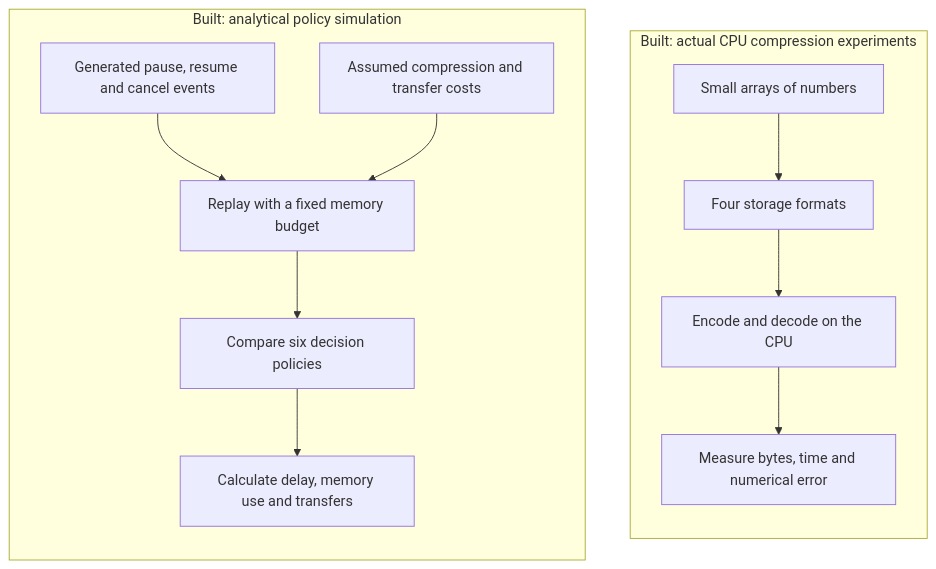
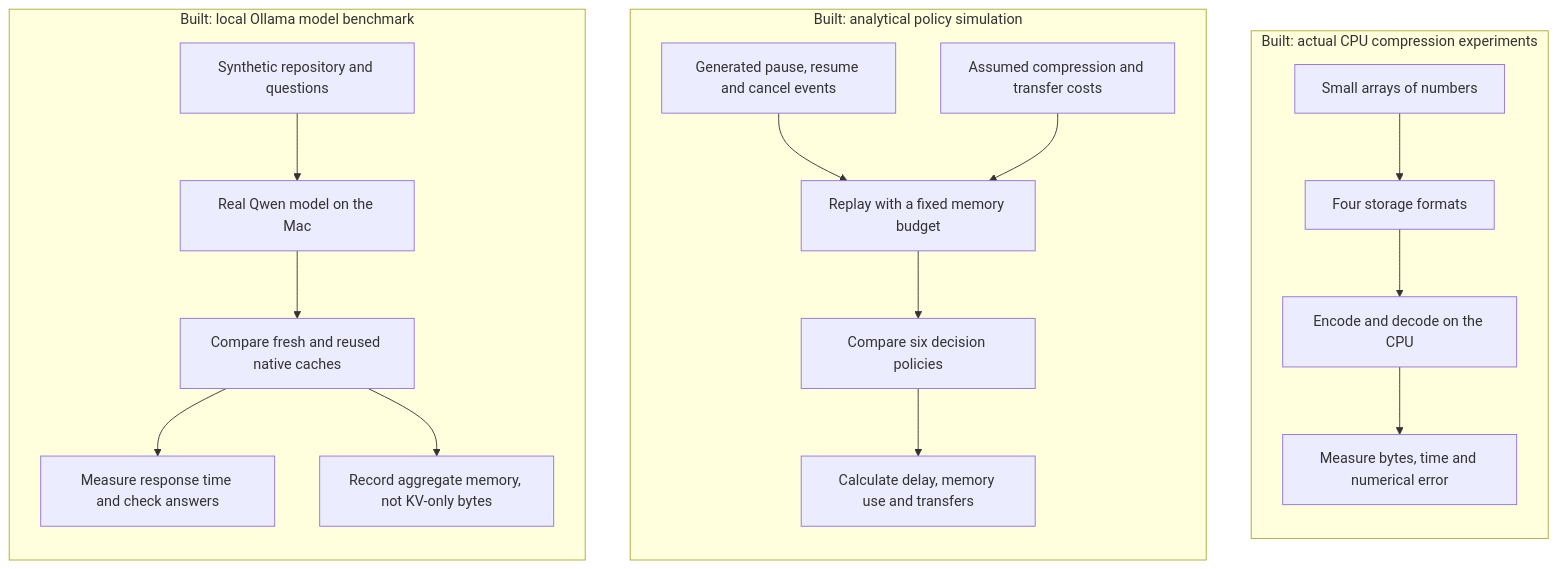
Before and after one commit to Harshelite2503/kvpilot: the second of 4 diagrams in README.md, drawn with Mermaid. The commit also changed other lines of this file and 11 other files, not shown here.

Commit message:
Publish measured local Qwen cache results and honest limits

````diff
--- a/README.md
+++ b/README.md
@@ -39,16 +39,23 @@
 ```mermaid
 flowchart TB
     subgraph CPU["Built: actual CPU compression experiments"]
         direction TB
         A["Small arrays of numbers"] --> B["Four storage formats"]
         B --> C["Encode and decode on the CPU"]
         C --> D["Measure bytes, time and numerical error"]
     end
     subgraph SIM["Built: analytical policy simulation"]
         direction TB
         E["Generated pause, resume and cancel events"] --> G["Replay with a fixed memory budget"]
         F["Assumed compression and transfer costs"] --> G
         G --> H["Compare six decision policies"]
         H --> I["Calculate delay, memory use and transfers"]
     end
+    subgraph LOCAL["Built: local Ollama model benchmark"]
+        direction TB
+        J["Synthetic repository and questions"] --> K["Real Qwen model on the Mac"]
+        K --> L["Compare fresh and reused native caches"]
+        L --> M["Measure response time and check answers"]
+        L --> N["Record aggregate memory, not KV-only bytes"]
+    end
 ```
````
